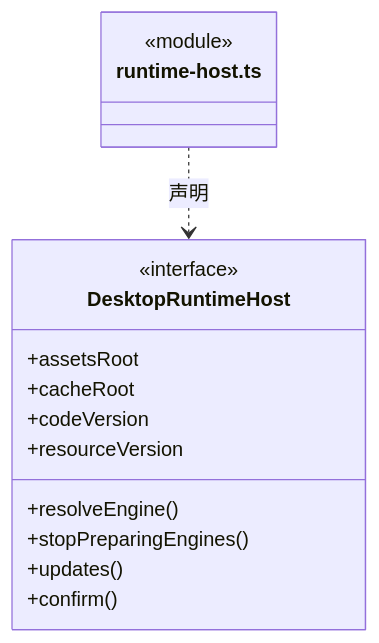
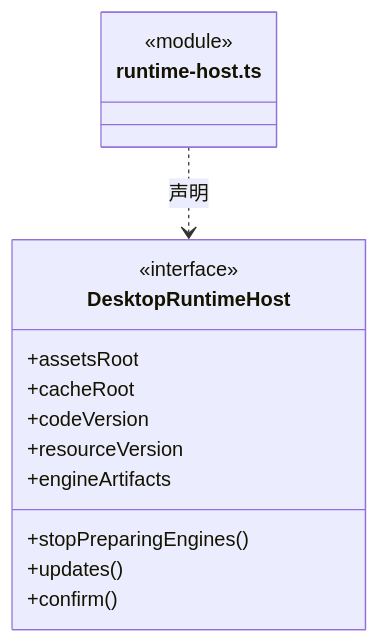
Before and after one commit to nan023062/cbim: diagram 14 of 27 in src/logic/updates/service/ARCHITECTURE.md, drawn with Mermaid. The commit also changed other lines of this file and 52 other files, not shown here.

````diff
--- a/src/logic/updates/service/ARCHITECTURE.md
+++ b/src/logic/updates/service/ARCHITECTURE.md
@@ -190,18 +272,18 @@
 ```mermaid
 classDiagram
 class N_src_logic_updates_service_runtime_host_ts["runtime-host.ts"] {
   <<module>>
 }
 class N_src_logic_updates_service_runtime_host_ts_DesktopRuntimeHost["DesktopRuntimeHost"] {
   <<interface>>
   +assetsRoot
   +cacheRoot
   +codeVersion
   +resourceVersion
-  +resolveEngine()
+  +engineArtifacts
   +stopPreparingEngines()
   +updates()
   +confirm()
 }
 N_src_logic_updates_service_runtime_host_ts ..> N_src_logic_updates_service_runtime_host_ts_DesktopRuntimeHost : 声明
 ```
````
